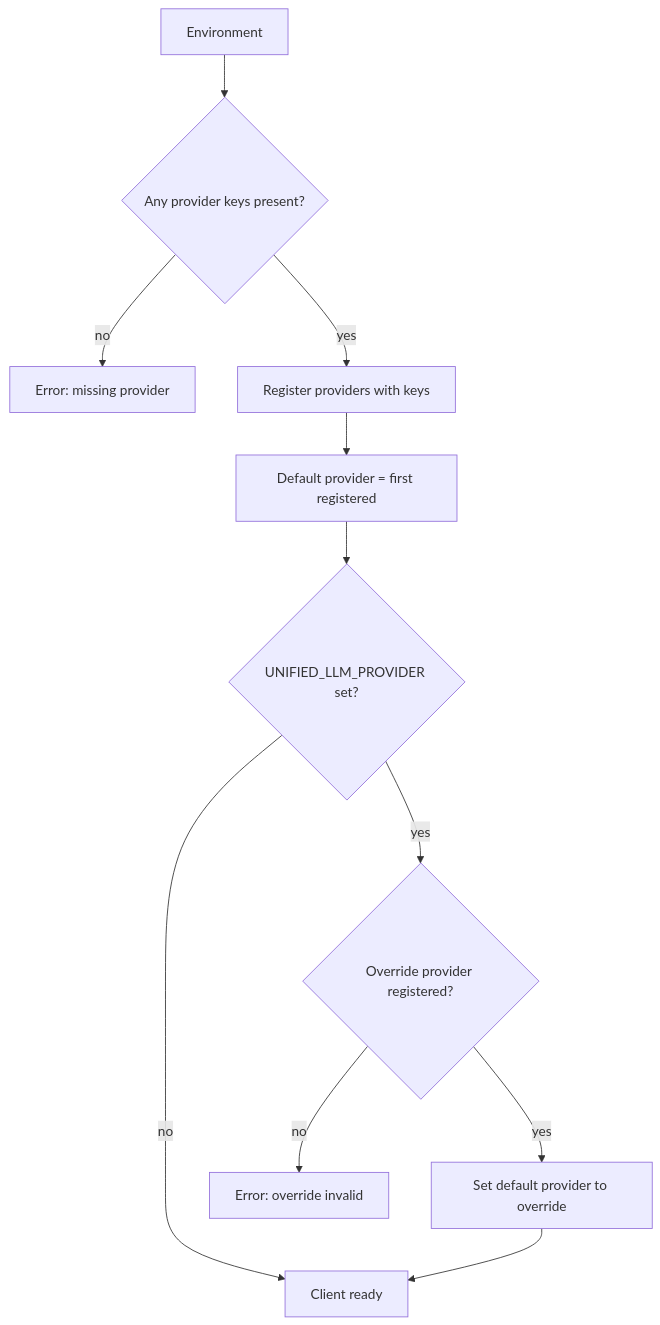
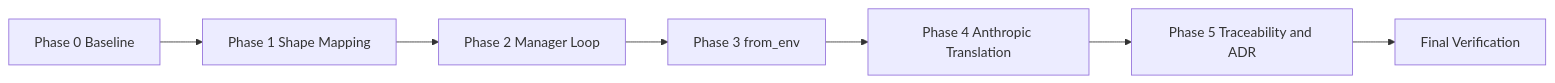
The third of 5 diagrams in docs/sprints/SPRINT-006-nlspec-adherence-gap-closure.md (jaytaylor/attractor-tcl), drawn with Mermaid before and after one commit. The commit also changed other lines of this file and 2 other files, not shown here.

Commit message:
docs: sync sprint 006 completion, traceability, and ADR

````diff
--- a/docs/sprints/SPRINT-006-nlspec-adherence-gap-closure.md
+++ b/docs/sprints/SPRINT-006-nlspec-adherence-gap-closure.md
@@ -249,13 +741,9 @@
 ```mermaid
-flowchart TD
-  A[Environment] --> B{Any provider keys present?}
-  B -- no --> E[Error: missing provider]
-  B -- yes --> C[Register providers with keys]
-  C --> D[Default provider = first registered]
-  D --> F{UNIFIED_LLM_PROVIDER set?}
-  F -- no --> G[Client ready]
-  F -- yes --> H{Override provider registered?}
-  H -- no --> I[Error: override invalid]
-  H -- yes --> J[Set default provider to override]
-  J --> G
+flowchart LR
+  A[Phase 0 Baseline] --> B[Phase 1 Shape Mapping]
+  B --> C[Phase 2 Manager Loop]
+  C --> D[Phase 3 from_env]
+  D --> E[Phase 4 Anthropic Translation]
+  E --> F[Phase 5 Traceability and ADR]
+  F --> G[Final Verification]
 ```
````
